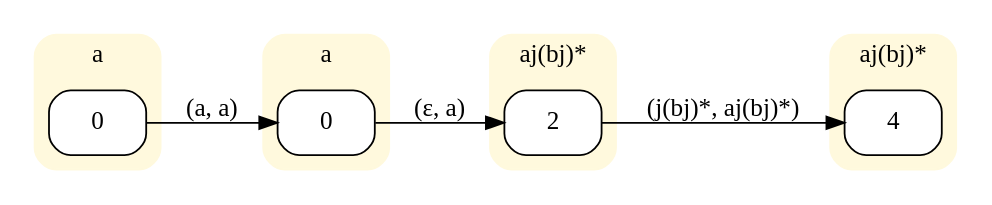
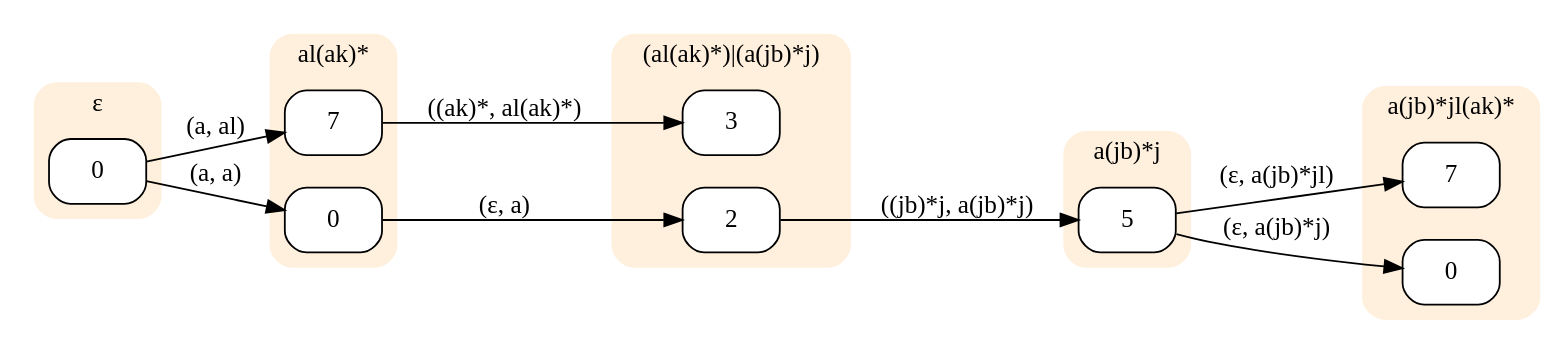
The diagram in input/s2_MON.dot (Stefano-BS/Explanatory-Diagnosis), drawn with Graphviz before and after one commit. The commit also changed 21 other files, not shown here.

```diff
--- a/input/s2_MON.dot
+++ b/input/s2_MON.dot
@@ -1,27 +1,39 @@
 digraph "MONinput/s2" {
 rankdir=LR
 node [style=filled fillcolor=white]
 subgraph cluster0 {
-style="rounded,filled" color="#FFF9DD" node [style="rounded,filled" shape=box fillcolor="#FFFFFF"]
-label="a"
+style="rounded,filled" color="#FFF0DD" node [style="rounded,filled" shape=box fillcolor="#FFFFFF"]
+label="ε"
 M0S0 [label=0];
 }
 subgraph cluster1 {
-style="rounded,filled" color="#FFF9DD" node [style="rounded,filled" shape=box fillcolor="#FFFFFF"]
-label="a"
+style="rounded,filled" color="#FFF0DD" node [style="rounded,filled" shape=box fillcolor="#FFFFFF"]
+label="al(ak)*"
+M1S7 [label=7];
 M1S0 [label=0];
 }
 subgraph cluster2 {
-style="rounded,filled" color="#FFF9DD" node [style="rounded,filled" shape=box fillcolor="#FFFFFF"]
-label="aj(bj)*"
+style="rounded,filled" color="#FFF0DD" node [style="rounded,filled" shape=box fillcolor="#FFFFFF"]
+label="(al(ak)*)|(a(jb)*j)"
+M2S3 [label=3];
 M2S2 [label=2];
 }
 subgraph cluster3 {
-style="rounded,filled" color="#FFF9DD" node [style="rounded,filled" shape=box fillcolor="#FFFFFF"]
-label="aj(bj)*"
-M3S4 [label=4];
+style="rounded,filled" color="#FFF0DD" node [style="rounded,filled" shape=box fillcolor="#FFFFFF"]
+label="a(jb)*j"
+M3S5 [label=5];
 }
+subgraph cluster4 {
+style="rounded,filled" color="#FFF0DD" node [style="rounded,filled" shape=box fillcolor="#FFFFFF"]
+label="a(jb)*jl(ak)*"
+M4S7 [label=7];
+M4S0 [label=0];
+}
+M0S0 -> M1S7 [label="(a, al)"]
 M0S0 -> M1S0 [label="(a, a)"]
+M1S7 -> M2S3 [label="((ak)*, al(ak)*)"]
 M1S0 -> M2S2 [label="(ε, a)"]
-M2S2 -> M3S4 [label="(j(bj)*, aj(bj)*)"]
+M2S2 -> M3S5 [label="((jb)*j, a(jb)*j)"]
+M3S5 -> M4S7 [label="(ε, a(jb)*jl)"]
+M3S5 -> M4S0 [label="(ε, a(jb)*j)"]
 }
```
